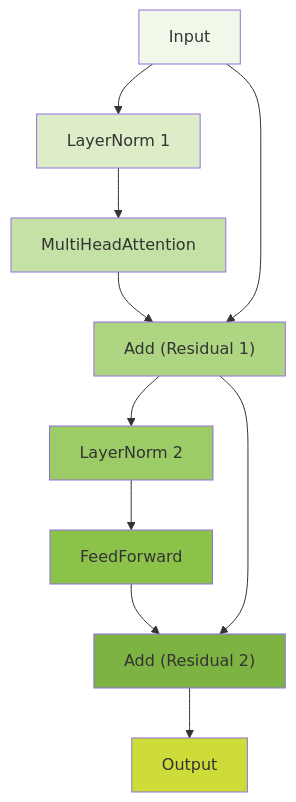
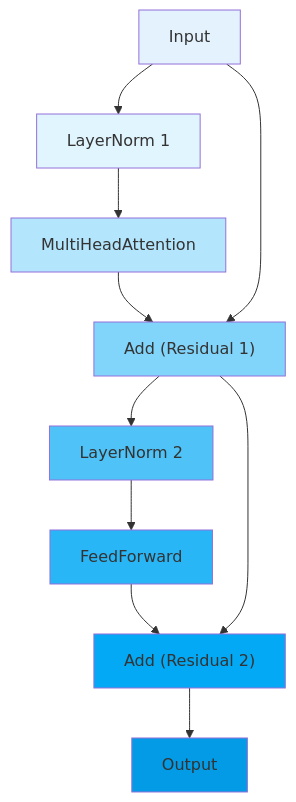
Diagram 13 of 16 in C_4.md (Chaklader/flower-image-classifier), drawn with Mermaid before and after one commit. The commit also changed other lines of this file, not shown here.

````diff
--- a/C_4.md
+++ b/C_4.md
@@ -5913,21 +5913,21 @@
 ```mermaid
 graph TD
     A["Input"] --> B["LayerNorm 1"]
     B --> C["MultiHeadAttention"]
     C --> D["Add (Residual 1)"]
     A --> D
     D --> E["LayerNorm 2"]
     E --> F["FeedForward"]
     F --> G["Add (Residual 2)"]
     D --> G
     G --> H["Output"]
 
-    style A fill:#F1F8E9
-    style B fill:#DCEDC8
-    style C fill:#C5E1A5
-    style D fill:#AED581
-    style E fill:#9CCC65
-    style F fill:#8BC34A
-    style G fill:#7CB342
-    style H fill:#CDDC39
+style A fill:#E3F2FD
+style B fill:#E1F5FE
+style C fill:#B3E5FC
+style D fill:#81D4FA
+style E fill:#4FC3F7
+style F fill:#29B6F6
+style G fill:#03A9F4
+style H fill:#039BE5
 ```
````
